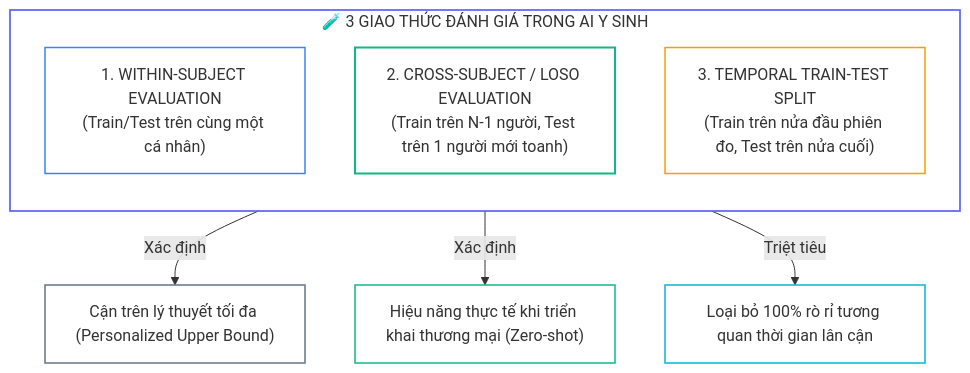
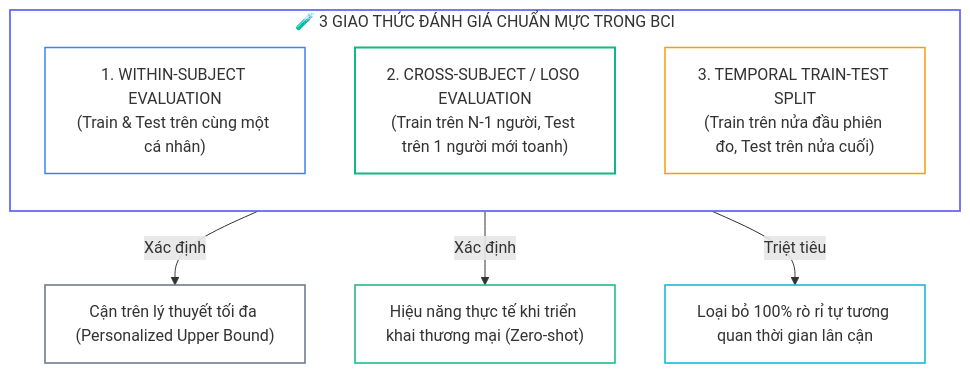
Before and after one commit to kiennt308/ntk: the first of 3 diagrams in _posts/2026-09-16-eeg-07-07-danh-gia-va-thuc-nghiem.md, drawn with Mermaid. The commit also changed other lines of this file and 7 other files, not shown here.

````diff
--- a/_posts/2026-09-16-eeg-07-07-danh-gia-va-thuc-nghiem.md
+++ b/_posts/2026-09-16-eeg-07-07-danh-gia-va-thuc-nghiem.md
@@ -30,21 +52,21 @@
 ```mermaid
 flowchart TD
-    subgraph PROTOCOLS["🧪 3 GIAO THỨC ĐÁNH GIÁ TRONG AI Y SINH"]
+    subgraph PROTOCOLS["🧪 3 GIAO THỨC ĐÁNH GIÁ CHUẨN MỰC TRONG BCI"]
         direction TB
-        P1["1. WITHIN-SUBJECT EVALUATION<br/>(Train/Test trên cùng một cá nhân)"]
+        P1["1. WITHIN-SUBJECT EVALUATION<br/>(Train & Test trên cùng một cá nhân)"]
         P2["2. CROSS-SUBJECT / LOSO EVALUATION<br/>(Train trên N-1 người, Test trên 1 người mới toanh)"]
         P3["3. TEMPORAL TRAIN-TEST SPLIT<br/>(Train trên nửa đầu phiên đo, Test trên nửa cuối)"]
     end
 
     P1 -->|"Xác định"| UP_BOUND["Cận trên lý thuyết tối đa (Personalized Upper Bound)"]
     P2 -->|"Xác định"| REAL_WORLD["Hiệu năng thực tế khi triển khai thương mại (Zero-shot)"]
-    P3 -->|"Triệt tiêu"| NO_LEAK["Loại bỏ 100% rò rỉ tương quan thời gian lân cận"]
+    P3 -->|"Triệt tiêu"| NO_LEAK["Loại bỏ 100% rò rỉ tự tương quan thời gian lân cận"]
 
     style PROTOCOLS fill:none,stroke:#6366f1,stroke-width:1.75px
     style P1 fill:none,stroke:#3b82f6,stroke-width:1.5px
     style P2 fill:none,stroke:#10b981,stroke-width:2px
     style P3 fill:none,stroke:#f59e0b,stroke-width:1.5px
     style UP_BOUND fill:none,stroke:#64748b,stroke-width:1.5px
     style REAL_WORLD fill:none,stroke:#10b981,stroke-width:1.5px
     style NO_LEAK fill:none,stroke:#06b6d4,stroke-width:1.5px
 ```
````
